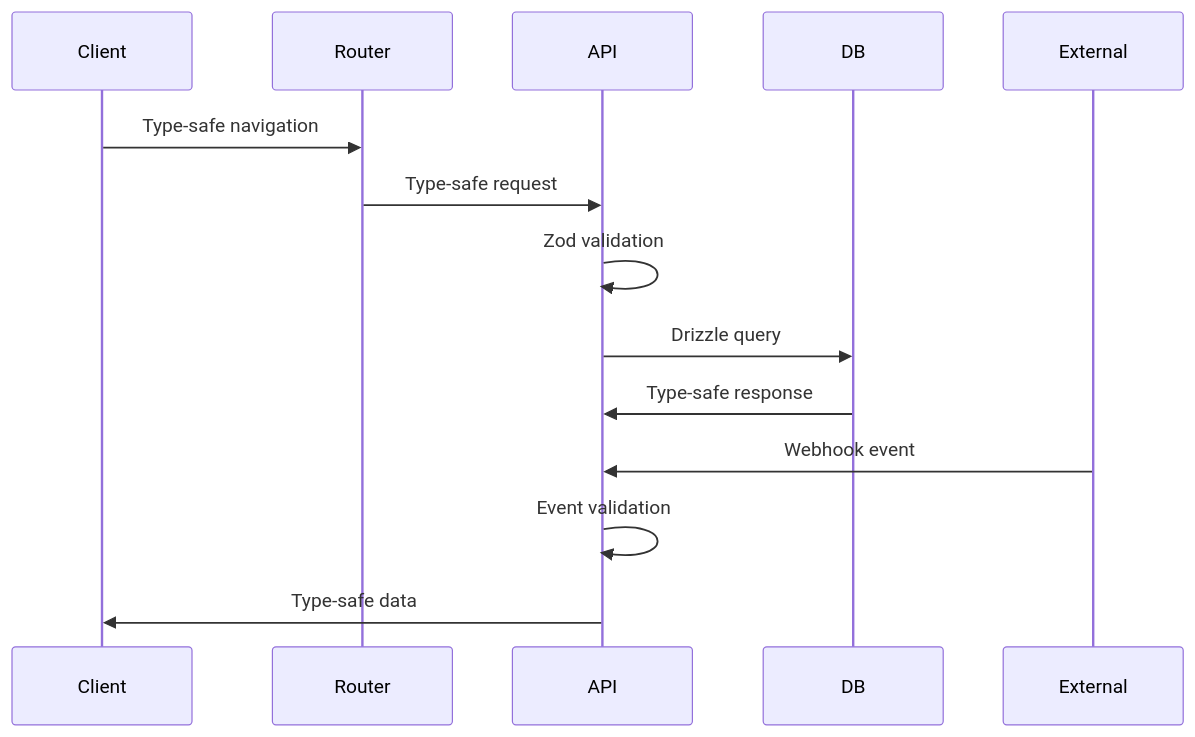
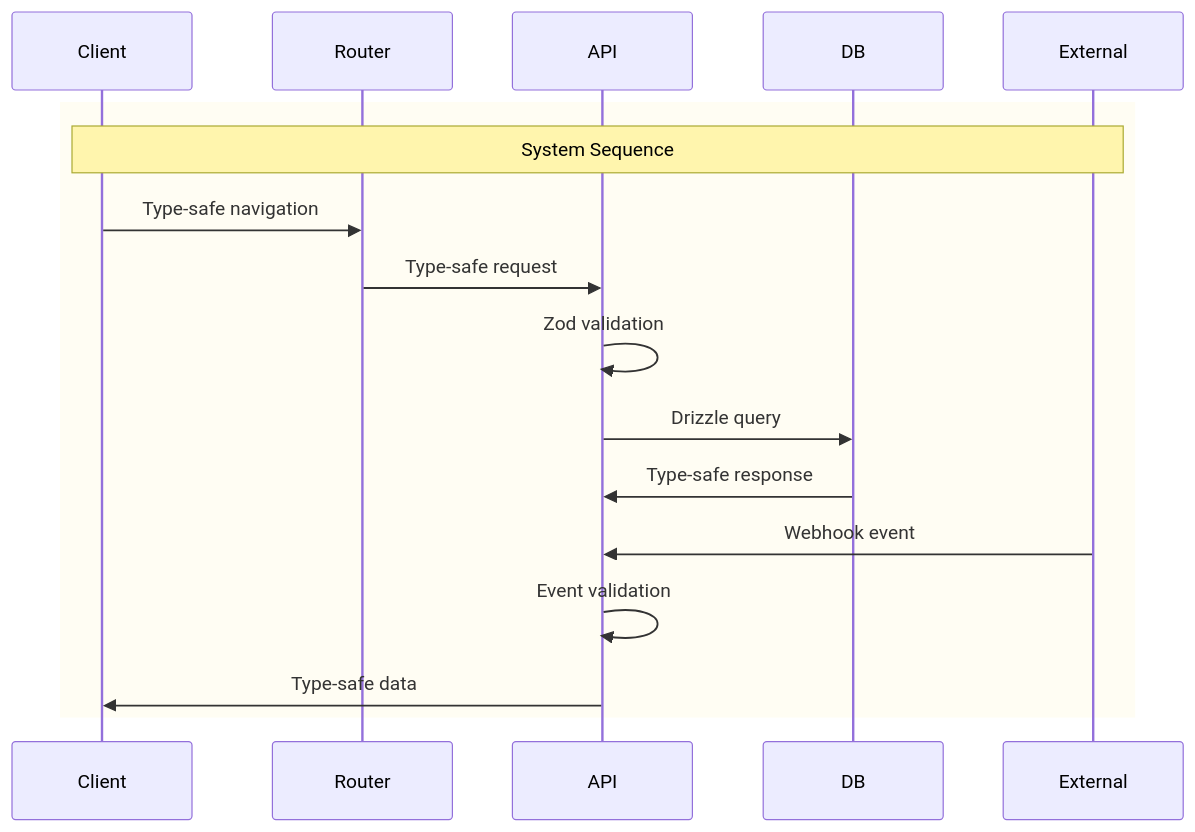
One commit to codevibesmatter/admin-cloudflare changed the fourth of 12 diagrams in docs/ARCHITECTURE.md. Above: the diagram before and after it, drawn with Mermaid. The commit also changed other lines of this file and 18 other files, not shown here.

````diff
--- a/docs/ARCHITECTURE.md
+++ b/docs/ARCHITECTURE.md
@@ -255,17 +255,20 @@
 ```mermaid
 sequenceDiagram
     participant Client
     participant Router
     participant API
     participant DB
     participant External
 
-    Client->>Router: Type-safe navigation
-    Router->>API: Type-safe request
-    API->>API: Zod validation
-    API->>DB: Drizzle query
-    DB->>API: Type-safe response
-    External->>API: Webhook event
-    API->>API: Event validation
-    API->>Client: Type-safe data
+    rect rgb(255, 253, 243)
+        Note over Client,External: System Sequence
+        Client->>Router: Type-safe navigation
+        Router->>API: Type-safe request
+        API->>API: Zod validation
+        API->>DB: Drizzle query
+        DB->>API: Type-safe response
+        External->>API: Webhook event
+        API->>API: Event validation
+        API->>Client: Type-safe data
+    end
 ```
````
